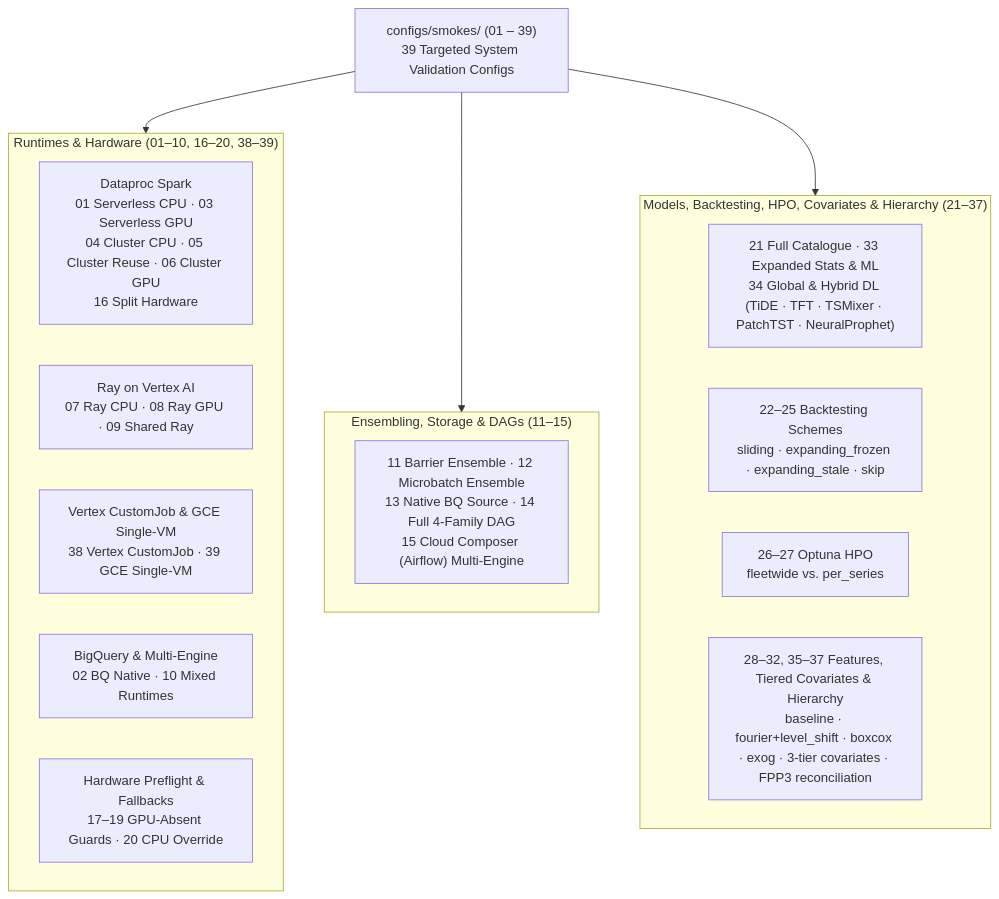
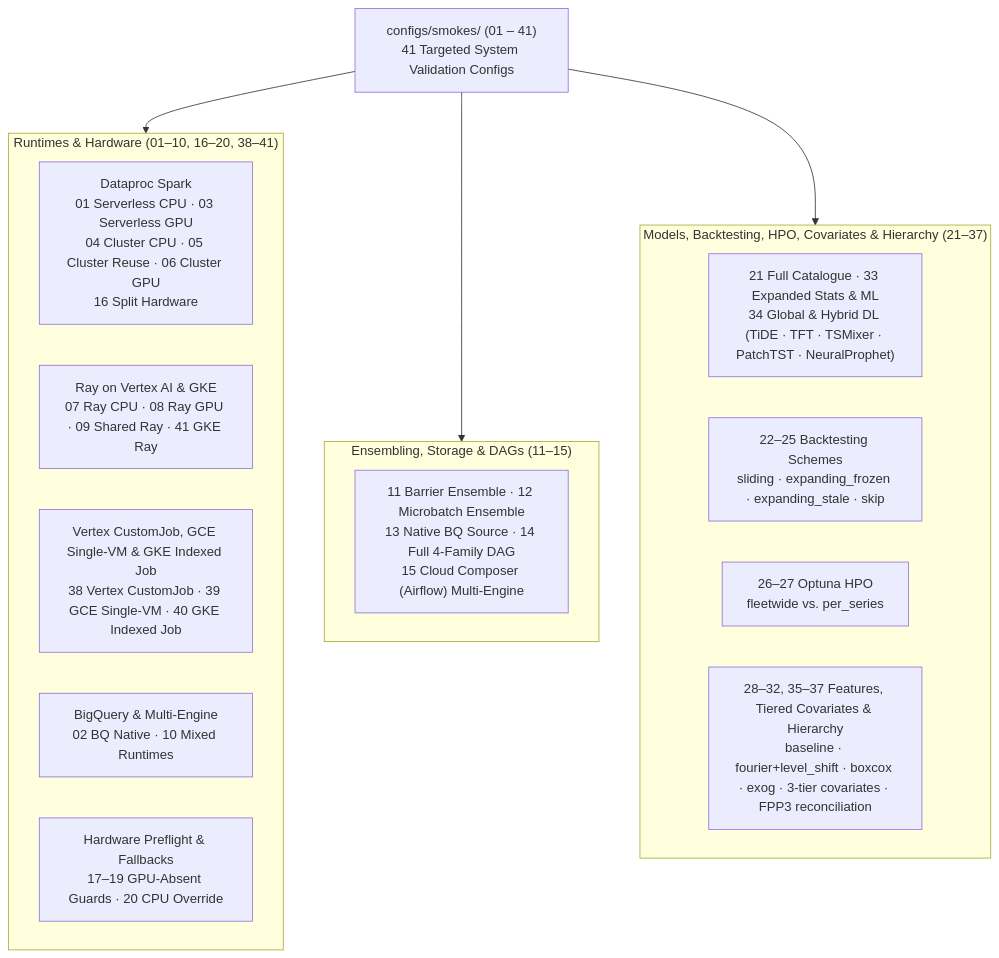
The diagram in configs/smokes/README.md (statmike/scale-forecasting), drawn with Mermaid before and after one commit. The commit also changed other lines of this file and 59 other files, not shown here.

Commit message:
feat(gke): add Google Kubernetes Engine (gke) runtime, Indexed Jobs, Ray-on-GKE, per-pod GPU scale-down, and runtimes reference

````diff
--- a/configs/smokes/README.md
+++ b/configs/smokes/README.md
@@ -9,25 +9,25 @@
 ```mermaid
 flowchart TB
-    suite["configs/smokes/ (01 – 39)<br/>39 Targeted System Validation Configs"]
+    suite["configs/smokes/ (01 – 41)<br/>41 Targeted System Validation Configs"]
 
-    subgraph rt["Runtimes & Hardware (01–10, 16–20, 38–39)"]
+    subgraph rt["Runtimes & Hardware (01–10, 16–20, 38–41)"]
         s_spark["Dataproc Spark<br/>01 Serverless CPU · 03 Serverless GPU<br/>04 Cluster CPU · 05 Cluster Reuse · 06 Cluster GPU<br/>16 Split Hardware"]
-        s_ray["Ray on Vertex AI<br/>07 Ray CPU · 08 Ray GPU · 09 Shared Ray"]
-        s_vtx_gce["Vertex CustomJob & GCE Single-VM<br/>38 Vertex CustomJob · 39 GCE Single-VM"]
+        s_ray["Ray on Vertex AI & GKE<br/>07 Ray CPU · 08 Ray GPU · 09 Shared Ray · 41 GKE Ray"]
+        s_vtx_gce["Vertex CustomJob, GCE Single-VM & GKE Indexed Job<br/>38 Vertex CustomJob · 39 GCE Single-VM · 40 GKE Indexed Job"]
         s_bq["BigQuery & Multi-Engine<br/>02 BQ Native · 10 Mixed Runtimes"]
         s_hw["Hardware Preflight & Fallbacks<br/>17–19 GPU-Absent Guards · 20 CPU Override"]
     end
 
     subgraph dag["Ensembling, Storage & DAGs (11–15)"]
         s_ens["11 Barrier Ensemble · 12 Microbatch Ensemble<br/>13 Native BQ Source · 14 Full 4-Family DAG<br/>15 Cloud Composer (Airflow) Multi-Engine"]
     end
 
     subgraph model_bt["Models, Backtesting, HPO, Covariates & Hierarchy (21–37)"]
         s_cat["21 Full Catalogue · 33 Expanded Stats & ML<br/>34 Global & Hybrid DL (TiDE · TFT · TSMixer · PatchTST · NeuralProphet)"]
         s_bt["22–25 Backtesting Schemes<br/>sliding · expanding_frozen · expanding_stale · skip"]
         s_hpo["26–27 Optuna HPO<br/>fleetwide vs. per_series"]
         s_feat["28–32, 35–37 Features, Tiered Covariates & Hierarchy<br/>baseline · fourier+level_shift · boxcox · exog · 3-tier covariates · FPP3 reconciliation"]
     end
 
     suite --> rt & dag & model_bt
 ```
````
